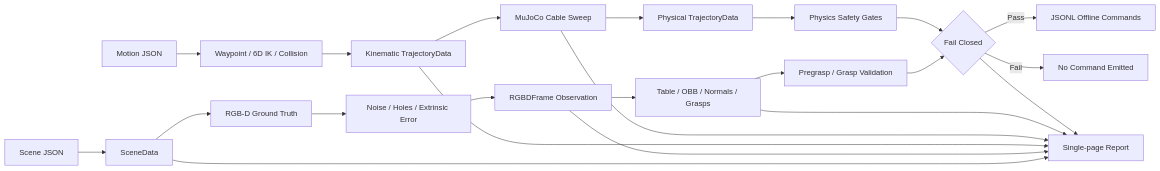
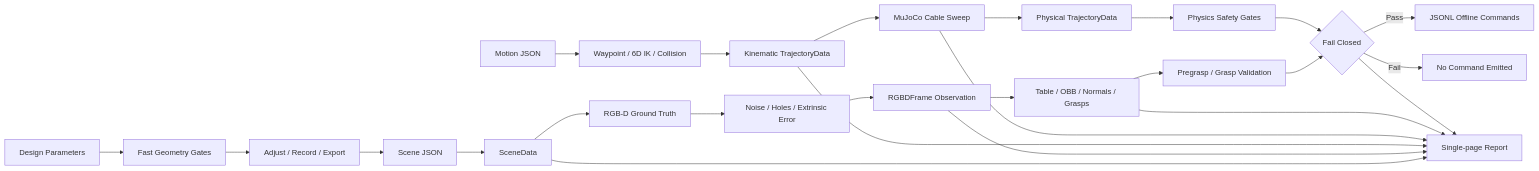
Before and after one commit to zack7515/SimGrasp3D-Lab: the diagram in README.md, drawn with Mermaid. The commit also changed other lines of this file and 23 other files, not shown here.

````diff
--- a/README.md
+++ b/README.md
@@ -176,24 +248,27 @@
 ```mermaid
 flowchart LR
+    Z[Design Parameters] --> ZA[Fast Geometry Gates]
+    ZA --> ZB[Adjust / Record / Export]
+    ZB --> A
     A[Scene JSON] --> B[SceneData]
     B --> C[RGB-D Ground Truth]
     C --> D[Noise / Holes / Extrinsic Error]
     D --> E[RGBDFrame Observation]
     E --> F[Table / OBB / Normals / Grasps]
     G[Motion JSON] --> H[Waypoint / 6D IK / Collision]
     H --> I[Kinematic TrajectoryData]
     I --> J[MuJoCo Cable Sweep]
     J --> K[Physical TrajectoryData]
     F --> L[Pregrasp / Grasp Validation]
     K --> M[Physics Safety Gates]
     L --> N{Fail Closed}
     M --> N
     N -->|Pass| O[JSONL Offline Commands]
     N -->|Fail| P[No Command Emitted]
     B --> Q[Single-page Report]
     E --> Q
     I --> Q
     J --> Q
     F --> Q
     N --> Q
 ```
````
